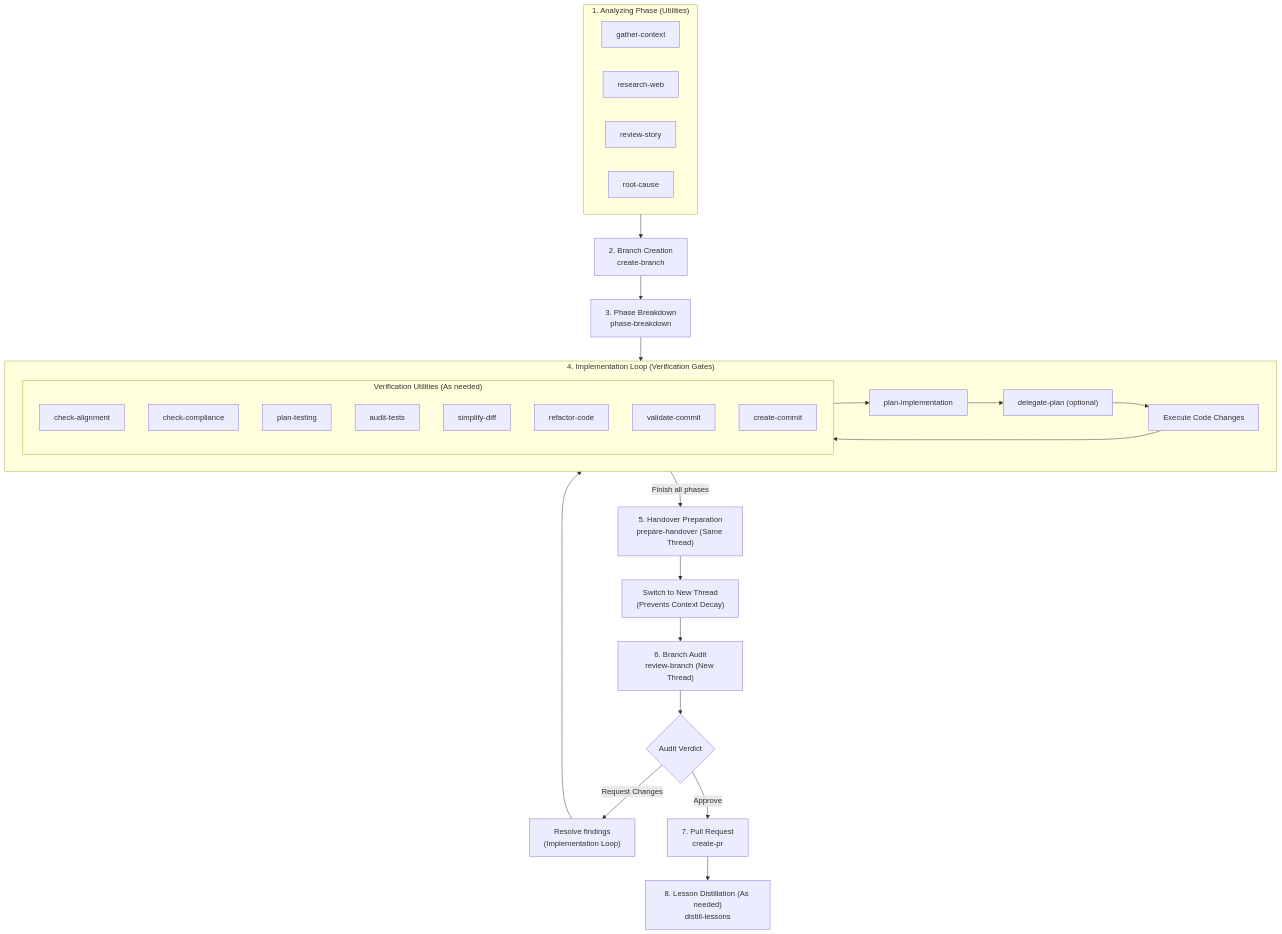
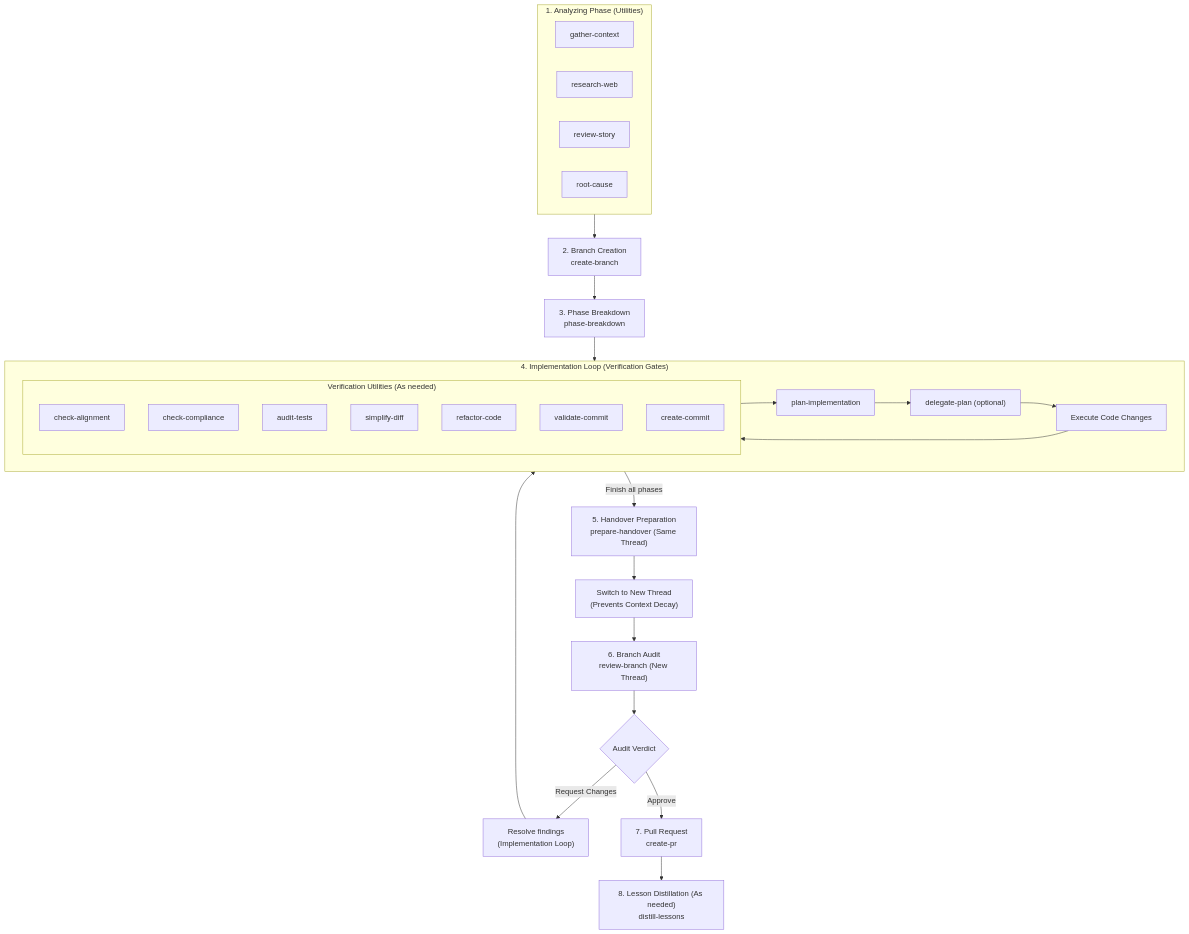
The diagram in LIFECYCLE.md (jrobertogarcia/agent-workflows), drawn with Mermaid before and after one commit. The commit also changed other lines of this file and 5 other files, not shown here.

Commit message:
refactor(skills): fold plan-testing into plan-implementation and return the plan text

````diff
--- a/LIFECYCLE.md
+++ b/LIFECYCLE.md
@@ -13,63 +13,62 @@
 ```mermaid
 graph TD
     %% Analyzing Phase
     subgraph Analyzing ["1. Analyzing Phase (Utilities)"]
         GC["gather-context"]
         RW["research-web"]
         RS["review-story"]
         RC["root-cause"]
     end
 
     %% Branch & Plan Phase
     CB["2. Branch Creation<br>create-branch"]
     PB["3. Phase Breakdown<br>phase-breakdown"]
     
     subgraph Loop ["4. Implementation Loop (Verification Gates)"]
         PI["plan-implementation"]
         DP["delegate-plan (optional)"]
         Code["Execute Code Changes"]
         
         %% Loop Utilities
         subgraph Utilities ["Verification Utilities (As needed)"]
             CA["check-alignment"]
             CC["check-compliance"]
-            PT["plan-testing"]
             AT["audit-tests"]
             SD["simplify-diff"]
             RF["refactor-code"]
             VC["validate-commit"]
             CM["create-commit"]
         end
         
         PI --> DP
         DP --> Code
         Code --> Utilities
         Utilities --> PI
     end
 
     %% Handover & Review Phase
     PH["5. Handover Preparation<br>prepare-handover (Same Thread)"]
     Switch["Switch to New Thread<br>(Prevents Context Decay)"]
     RB["6. Branch Audit<br>review-branch (New Thread)"]
     
     %% Branch Review Outcome
     Decide{"Audit Verdict"}
     Fix["Resolve findings<br>(Implementation Loop)"]
     
     %% PR Release Phase
     CPR["7. Pull Request<br>create-pr"]
     DL["8. Lesson Distillation (As needed)<br>distill-lessons"]
 
     %% Flow connections
     Analyzing --> CB
     CB --> PB
     PB --> Loop
     Loop -->|Finish all phases| PH
     PH --> Switch
     Switch --> RB
     RB --> Decide
     Decide -->|Request Changes| Fix
     Decide -->|Approve| CPR
     Fix --> Loop
     CPR --> DL
 ```
````
